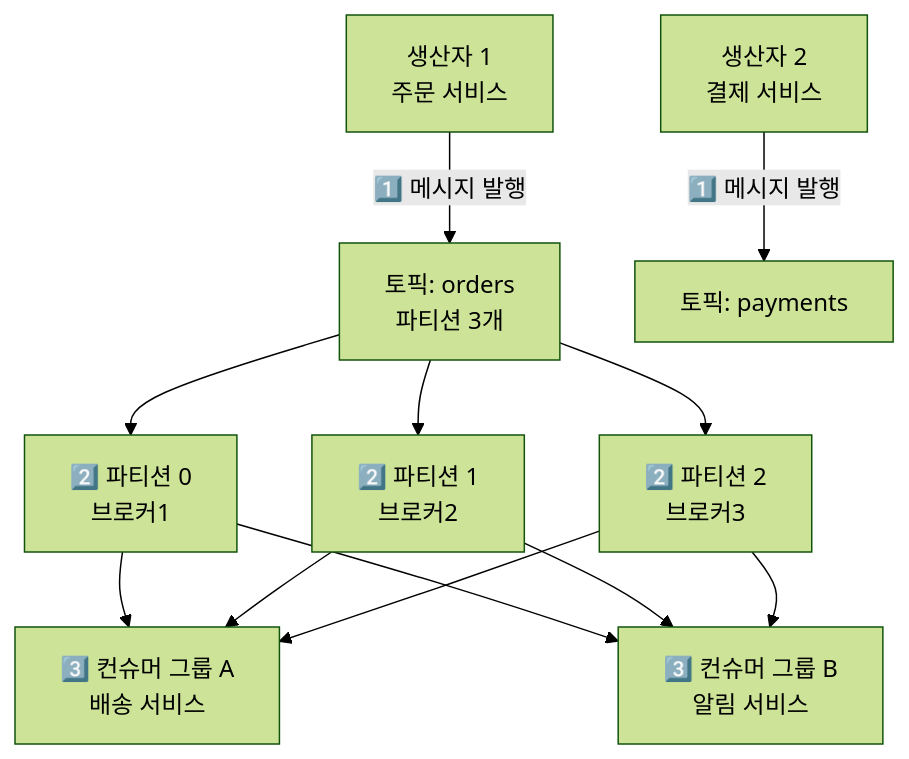
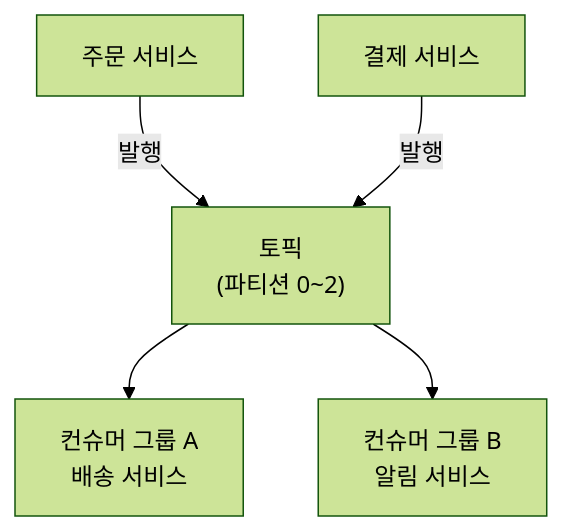
The first of 12 diagrams in _posts/kafka/2026-05-02-kafka-deep.md (yjkim2015/yjkim2015.github.io), drawn with Mermaid (forest theme) before and after one commit. The commit also changed other lines of this file and 215 other files, not shown here.

First line of the commit message:
신규 포스트 10개 추가 + Mermaid 전면 축소 + SystemDesign 시리즈 보강

````diff
--- a/_posts/kafka/2026-05-02-kafka-deep.md
+++ b/_posts/kafka/2026-05-02-kafka-deep.md
@@ -22,17 +22,6 @@
 ```mermaid
 graph TD
-    Producer1["생산자 1\n주문 서비스"] -->|"1️⃣ 메시지 발행"| Topic["토픽: orders\n파티션 3개"]
-    Producer2["생산자 2\n결제 서비스"] -->|"1️⃣ 메시지 발행"| Topic2["토픽: payments"]
-
-    Topic --> P0["2️⃣ 파티션 0\n브로커1"]
-    Topic --> P1["2️⃣ 파티션 1\n브로커2"]
-    Topic --> P2["2️⃣ 파티션 2\n브로커3"]
-
-    P0 --> CG1["3️⃣ 컨슈머 그룹 A\n배송 서비스"]
-    P1 --> CG1
-    P2 --> CG1
-
-    P0 --> CG2["3️⃣ 컨슈머 그룹 B\n알림 서비스"]
-    P1 --> CG2
-    P2 --> CG2
+    P1["주문 서비스"] & P2["결제 서비스"] -->|발행| T["토픽\n(파티션 0~2)"]
+    T --> CG1["컨슈머 그룹 A\n배송 서비스"]
+    T --> CG2["컨슈머 그룹 B\n알림 서비스"]
 ```
````
